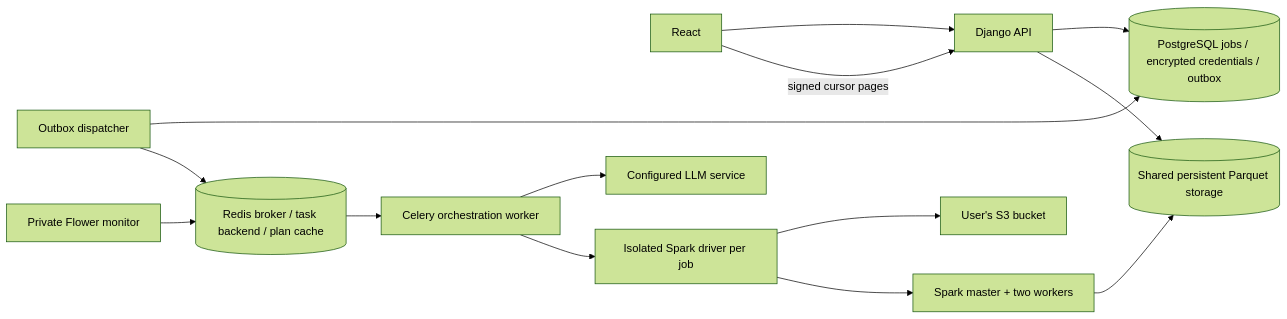
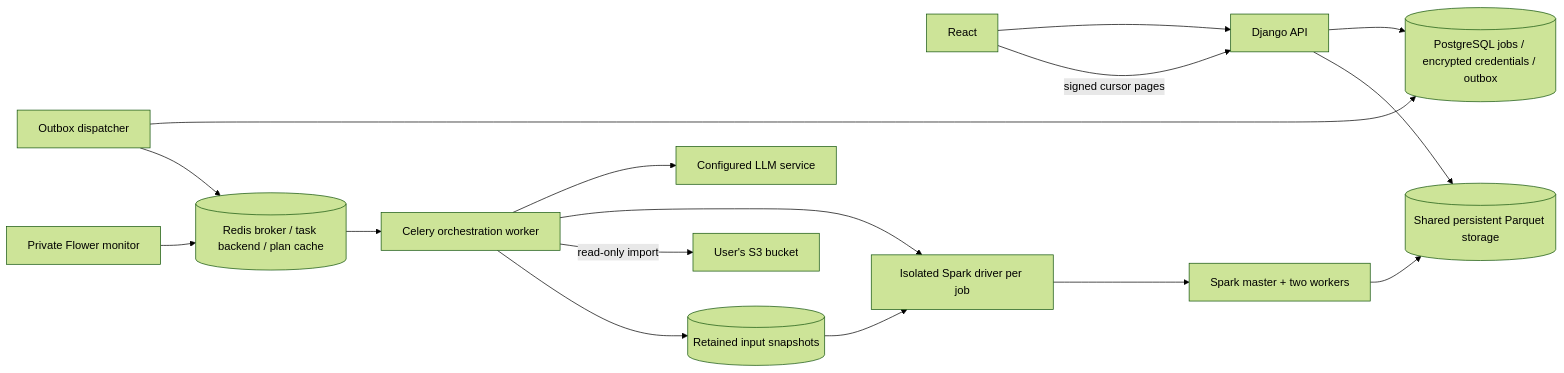
One commit to mingyanc74/patternforge changed the diagram in README.md. Above: the diagram before and after it, drawn with Mermaid (forest theme). The commit also changed other lines of this file and 27 other files, not shown here.

````diff
--- a/README.md
+++ b/README.md
@@ -139,16 +139,18 @@
 ```mermaid
 flowchart LR
   UI[React] --> API[Django API]
   API --> DB[(PostgreSQL jobs / encrypted credentials / outbox)]
   Dispatcher[Outbox dispatcher] --> DB
   Dispatcher --> Redis[(Redis broker / task backend / plan cache)]
   Redis --> Worker[Celery orchestration worker]
   Worker --> LLM[Configured LLM service]
   Worker --> Driver[Isolated Spark driver per job]
-  Driver --> S3[User's S3 bucket]
+  Worker -->|read-only import| S3[User's S3 bucket]
+  Worker --> Snapshot[(Retained input snapshots)]
+  Snapshot --> Driver
   Driver --> Cluster[Spark master + two workers]
   Cluster --> Store[(Shared persistent Parquet storage)]
   API --> Store
   UI -->|signed cursor pages| API
   Flower[Private Flower monitor] --> Redis
 ```
````
